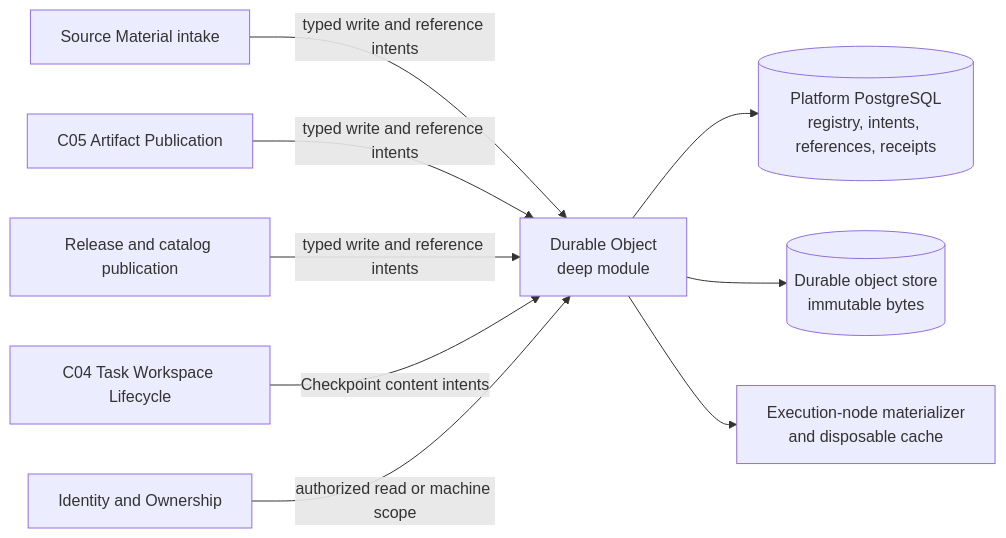
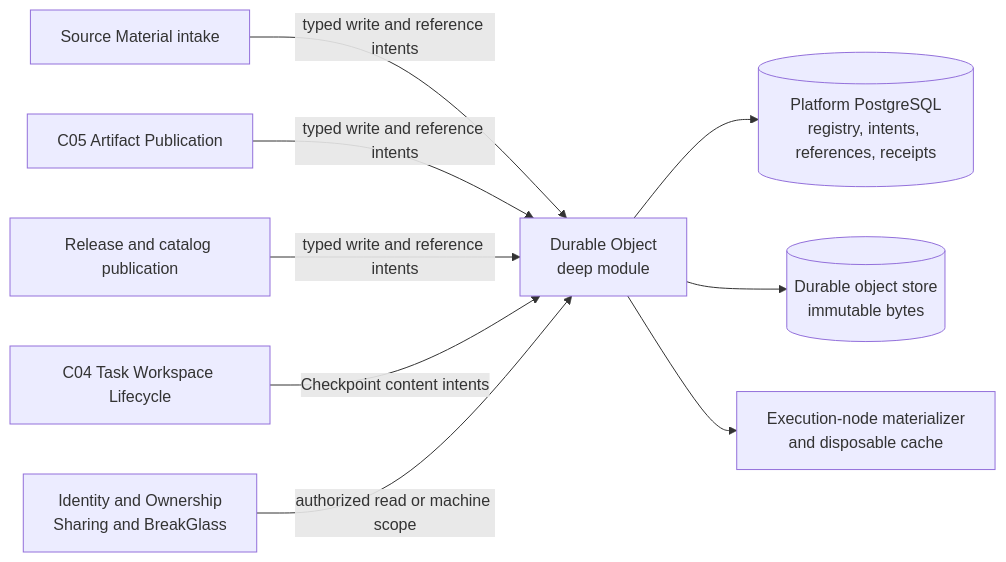
One commit to Vt00ls/SlideSmith changed the diagram in docs/architecture/durable-object-storage.md. Above: the diagram before and after it, drawn with Mermaid. The commit also changed other lines of this file and 5 other files, not shown here.

````diff
--- a/docs/architecture/durable-object-storage.md
+++ b/docs/architecture/durable-object-storage.md
@@ -19,21 +19,21 @@
 ```mermaid
 flowchart LR
     Source[Source Material intake]
     C05[C05 Artifact Publication]
     Catalog[Release and catalog publication]
     C04[C04 Task Workspace Lifecycle]
-    Auth[Identity and Ownership]
+    Auth[Identity and Ownership<br/>Sharing and BreakGlass]
     DO[Durable Object<br/>deep module]
     PG[(Platform PostgreSQL<br/>registry, intents, references, receipts)]
     Store[(Durable object store<br/>immutable bytes)]
     Node[Execution-node materializer<br/>and disposable cache]
 
     Source -->|typed write and reference intents| DO
     C05 -->|typed write and reference intents| DO
     Catalog -->|typed write and reference intents| DO
     C04 -->|Checkpoint content intents| DO
     Auth -->|authorized read or machine scope| DO
     DO --> PG
     DO --> Store
     DO --> Node
 ```
````
